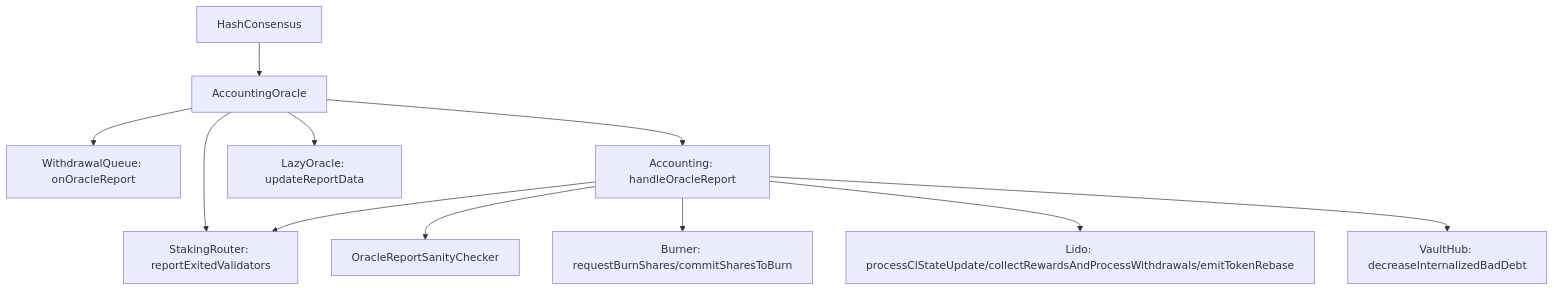
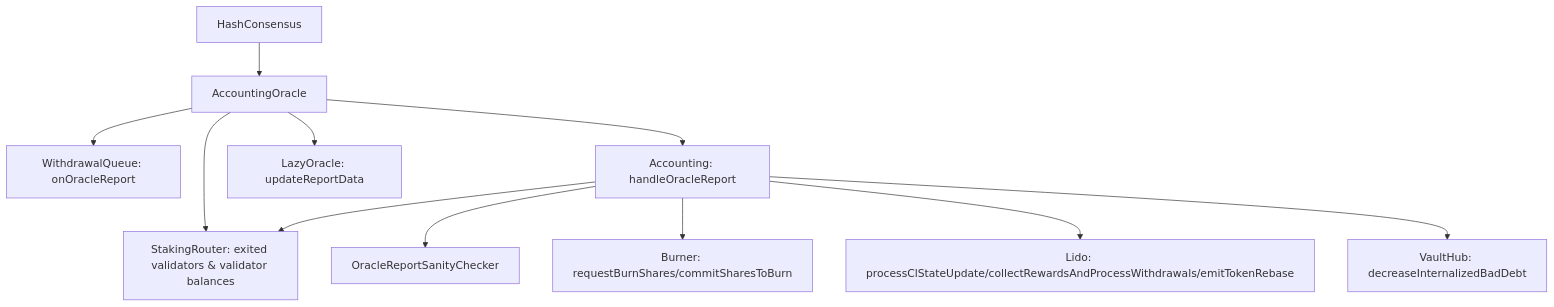
The diagram in docs/contracts/accounting.md (lidofinance/docs), drawn with Mermaid before and after one commit. The commit also changed other lines of this file and 8 other files, not shown here.

````diff
--- a/docs/contracts/accounting.md
+++ b/docs/contracts/accounting.md
@@ -39,13 +41,13 @@
 ```mermaid
 graph TB;
   HC[HashConsensus]-->AO[AccountingOracle];
-  AO-->SR[StakingRouter: reportExitedValidators];
+  AO-->SR[StakingRouter: exited validators & validator balances];
   AO-->WQ[WithdrawalQueue: onOracleReport];
   AO-->A[Accounting: handleOracleReport];
   A-->SC[OracleReportSanityChecker];
   A-->B[Burner: requestBurnShares/commitSharesToBurn];
   A-->L[Lido: processClStateUpdate/collectRewardsAndProcessWithdrawals/emitTokenRebase];
   A-->VH[VaultHub: decreaseInternalizedBadDebt];
   A-->SR;
   AO-->LO[LazyOracle: updateReportData];
 ```
````
